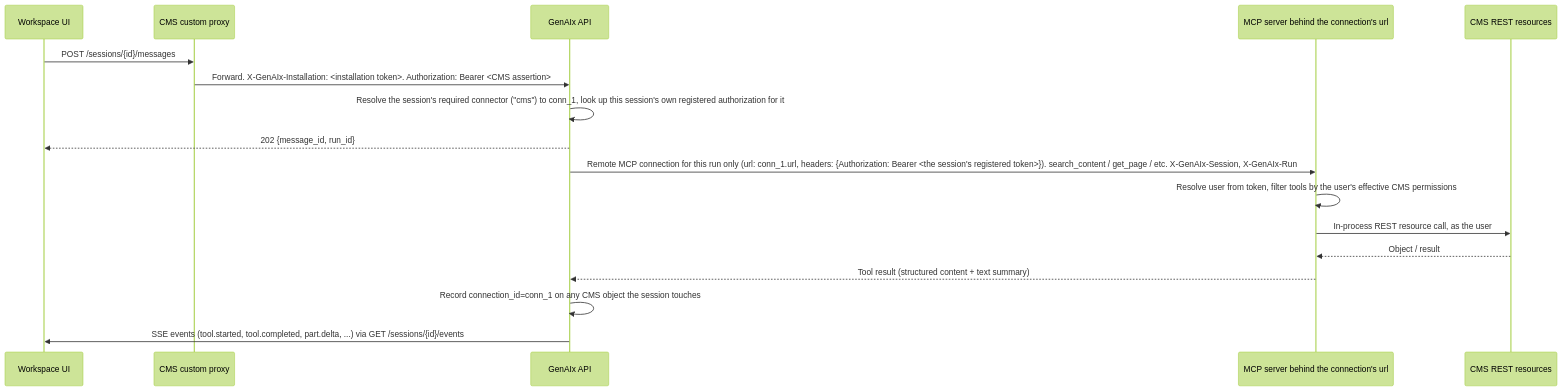
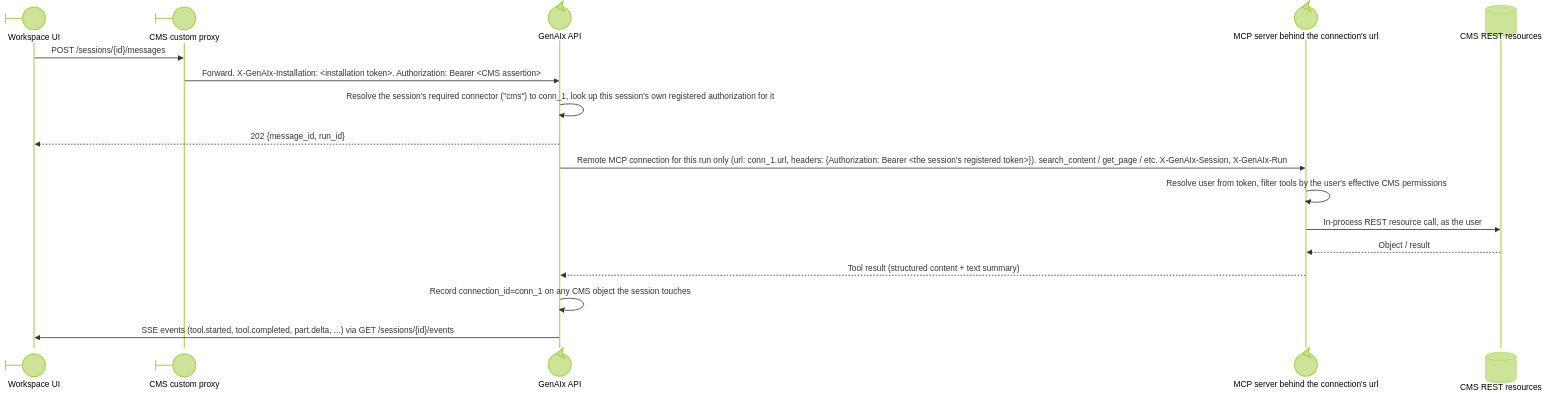
One commit to gentics/cms-oss changed the third of 5 diagrams in workspace-ui/.claude/contracts/genaix-docs/02-auth-and-context-flow.md. Above: the diagram before and after it, drawn with Mermaid (forest theme). The commit also changed other lines of this file and 32 other files, not shown here.

````diff
--- a/workspace-ui/.claude/contracts/genaix-docs/02-auth-and-context-flow.md
+++ b/workspace-ui/.claude/contracts/genaix-docs/02-auth-and-context-flow.md
@@ -260,20 +260,20 @@
 ```mermaid
 sequenceDiagram
-    participant W as Workspace UI
-    participant P as CMS custom proxy
-    participant G as GenAIx API
-    participant C as MCP server behind the connection's url
-    participant R as CMS REST resources
+    participant W@{ "type": "boundary" } as Workspace UI
+    participant P@{ "type": "boundary" } as CMS custom proxy
+    participant G@{ "type": "control" } as GenAIx API
+    participant C@{ "type": "control" } as MCP server behind the connection's url
+    participant R@{ "type": "database" } as CMS REST resources
 
     W->>P: POST /sessions/{id}/messages
     P->>G: Forward. X-GenAIx-Installation: <installation token>. Authorization: Bearer <CMS assertion>
     G->>G: Resolve the session's required connector ("cms") to conn_1, look up this session's own registered authorization for it
     G-->>W: 202 {message_id, run_id}
     G->>C: Remote MCP connection for this run only (url: conn_1.url, headers: {Authorization: Bearer <the session's registered token>}). search_content / get_page / etc. X-GenAIx-Session, X-GenAIx-Run
     C->>C: Resolve user from token, filter tools by the user's effective CMS permissions
     C->>R: In-process REST resource call, as the user
     R-->>C: Object / result
     C-->>G: Tool result (structured content + text summary)
     G->>G: Record connection_id=conn_1 on any CMS object the session touches
     G->>W: SSE events (tool.started, tool.completed, part.delta, ...) via GET /sessions/{id}/events
 ```
````
